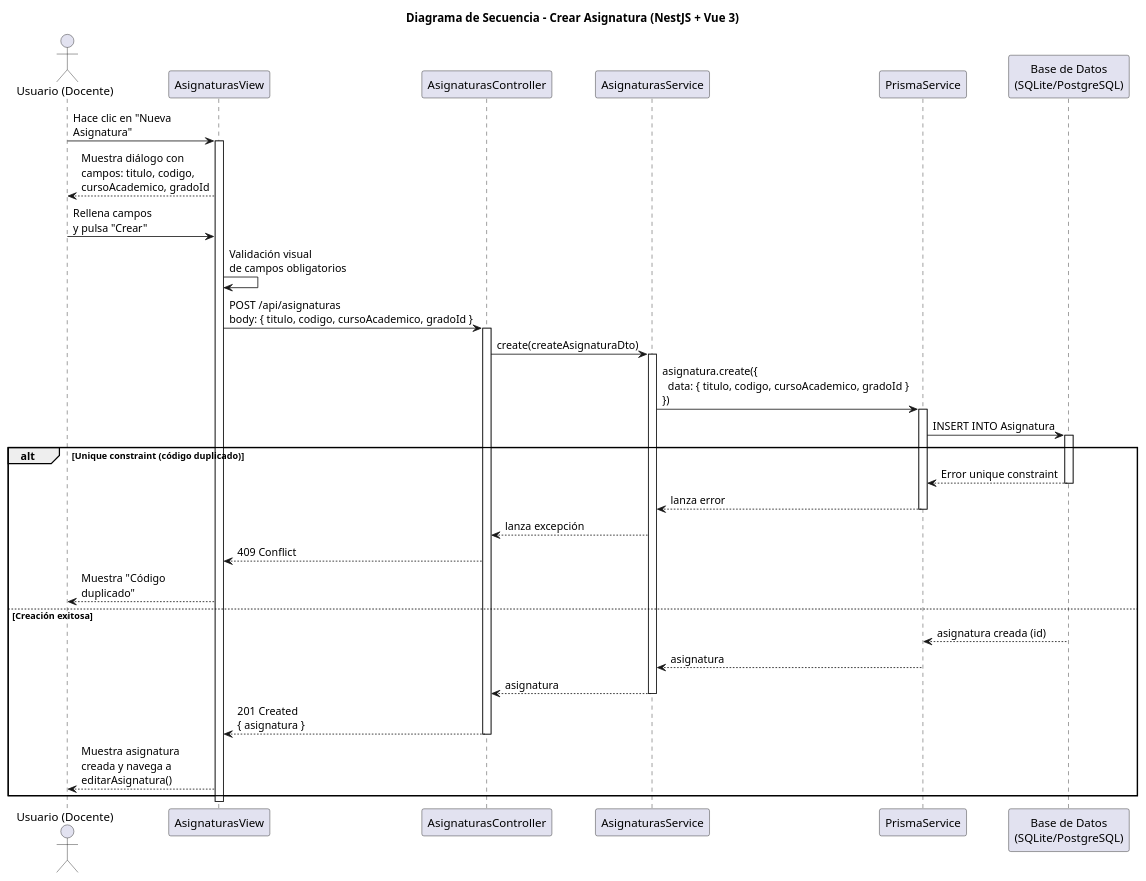
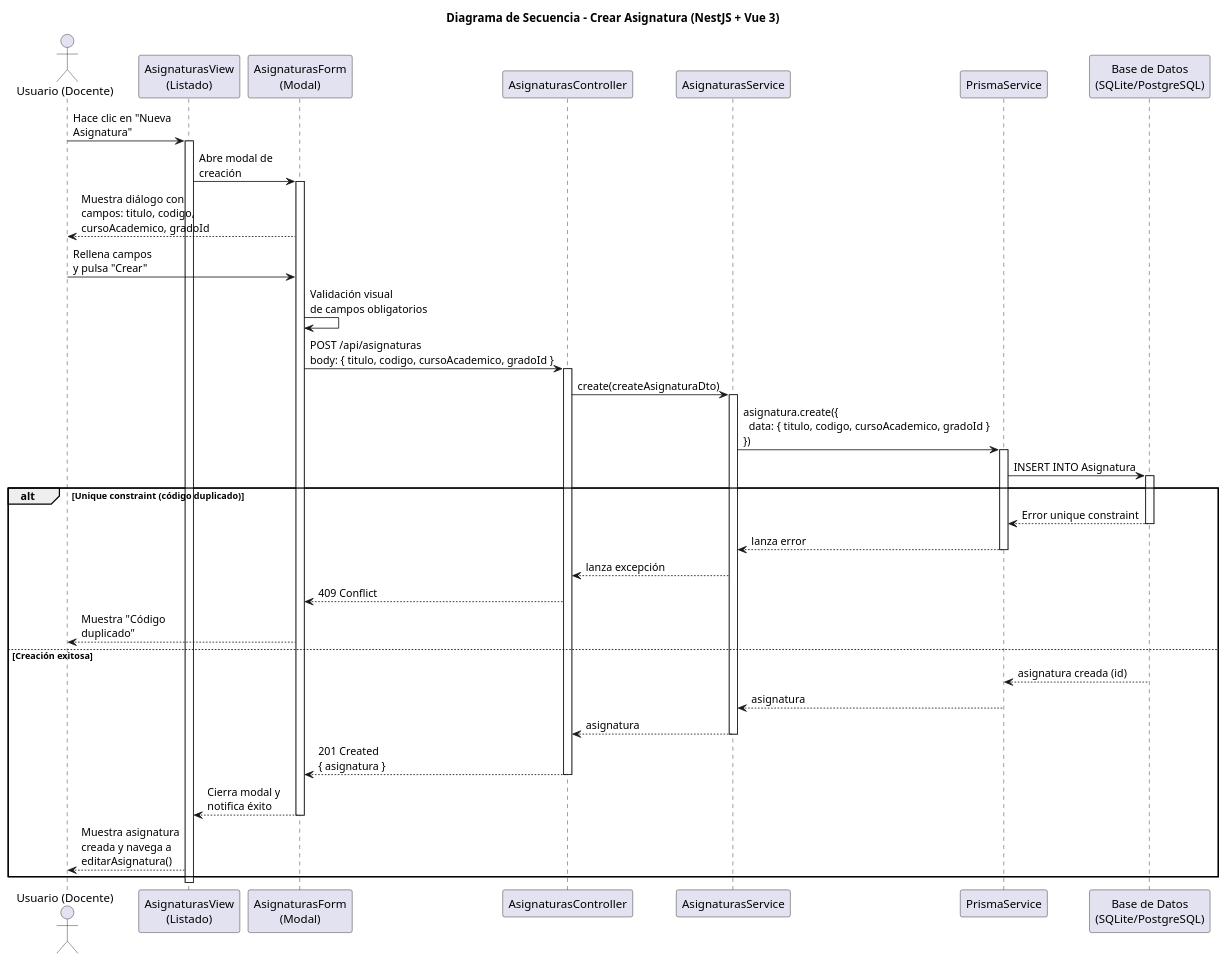
The diagram in documents/diseño/crearAsignatura/README.md (marcosgutierrez6/25-26-idsw2-sdVC), drawn with PlantUML before and after one commit. The commit also changed other lines of this file and 40 other files, not shown here.

Commit message:
fix: Corrección en los diagramas de diseño separación entre vistas y formularios

````diff
--- a/documents/diseño/crearAsignatura/README.md
+++ b/documents/diseño/crearAsignatura/README.md
@@ -30,55 +30,61 @@
 ```plantuml
 @startuml
 title Diagrama de Secuencia - Crear Asignatura (NestJS + Vue 3)
 
 actor "Usuario (Docente)" as User
-participant "AsignaturasView" as FE
+participant "AsignaturasView\n(Listado)" as List
+participant "AsignaturasForm\n(Modal)" as Form
 participant "AsignaturasController" as Controller
 participant "AsignaturasService" as Service
 participant "PrismaService" as Prisma
 participant "Base de Datos\n(SQLite/PostgreSQL)" as DB
 
-User -> FE: Hace clic en "Nueva\nAsignatura"
-activate FE
+User -> List: Hace clic en "Nueva\nAsignatura"
+activate List
 
-FE --> User: Muestra diálogo con\ncampos: titulo, codigo,\ncursoAcademico, gradoId
+List -> Form: Abre modal de\ncreación
+activate Form
+Form --> User: Muestra diálogo con\ncampos: titulo, codigo,\ncursoAcademico, gradoId
 
-User -> FE: Rellena campos\ny pulsa "Crear"
-FE -> FE: Validación visual\nde campos obligatorios
+User -> Form: Rellena campos\ny pulsa "Crear"
+Form -> Form: Validación visual\nde campos obligatorios
 
-FE -> Controller: POST /api/asignaturas\nbody: { titulo, codigo, cursoAcademico, gradoId }
+Form -> Controller: POST /api/asignaturas\nbody: { titulo, codigo, cursoAcademico, gradoId }
 activate Controller
 
 Controller -> Service: create(createAsignaturaDto)
 activate Service
 
 Service -> Prisma: asignatura.create({\n  data: { titulo, codigo, cursoAcademico, gradoId }\n})
 activate Prisma
 Prisma -> DB: INSERT INTO Asignatura
 activate DB
 
 alt Unique constraint (código duplicado)
   DB --> Prisma: Error unique constraint
   deactivate DB
   Prisma --> Service: lanza error
   deactivate Prisma
   Service --> Controller: lanza excepción
-  Controller --> FE: 409 Conflict
-  FE --> User: Muestra "Código\nduplicado"
+  Controller --> Form: 409 Conflict
+  Form --> User: Muestra "Código\nduplicado"
 else Creación exitosa
   DB --> Prisma: asignatura creada (id)
   deactivate DB
   Prisma --> Service: asignatura
   deactivate Prisma
 
   Service --> Controller: asignatura
   deactivate Service
-  Controller --> FE: 201 Created\n{ asignatura }
+  Controller --> Form: 201 Created\n{ asignatura }
   deactivate Controller
-  FE --> User: Muestra asignatura\ncreada y navega a\neditarAsignatura()
+
+  Form --> List: Cierra modal y\nnotifica éxito
+  deactivate Form
+  List --> User: Muestra asignatura\ncreada y navega a\neditarAsignatura()
 end
 
-deactivate FE
+deactivate List
 
 @enduml
 ```
````
